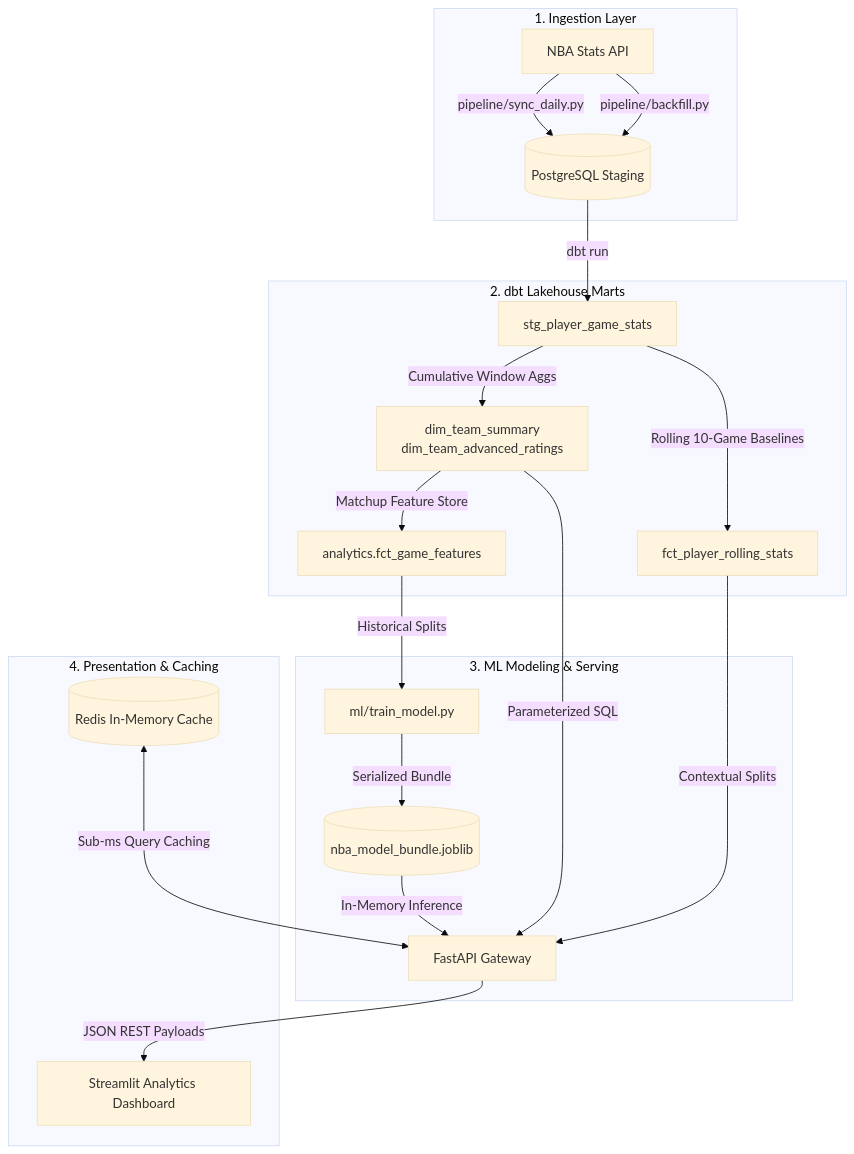
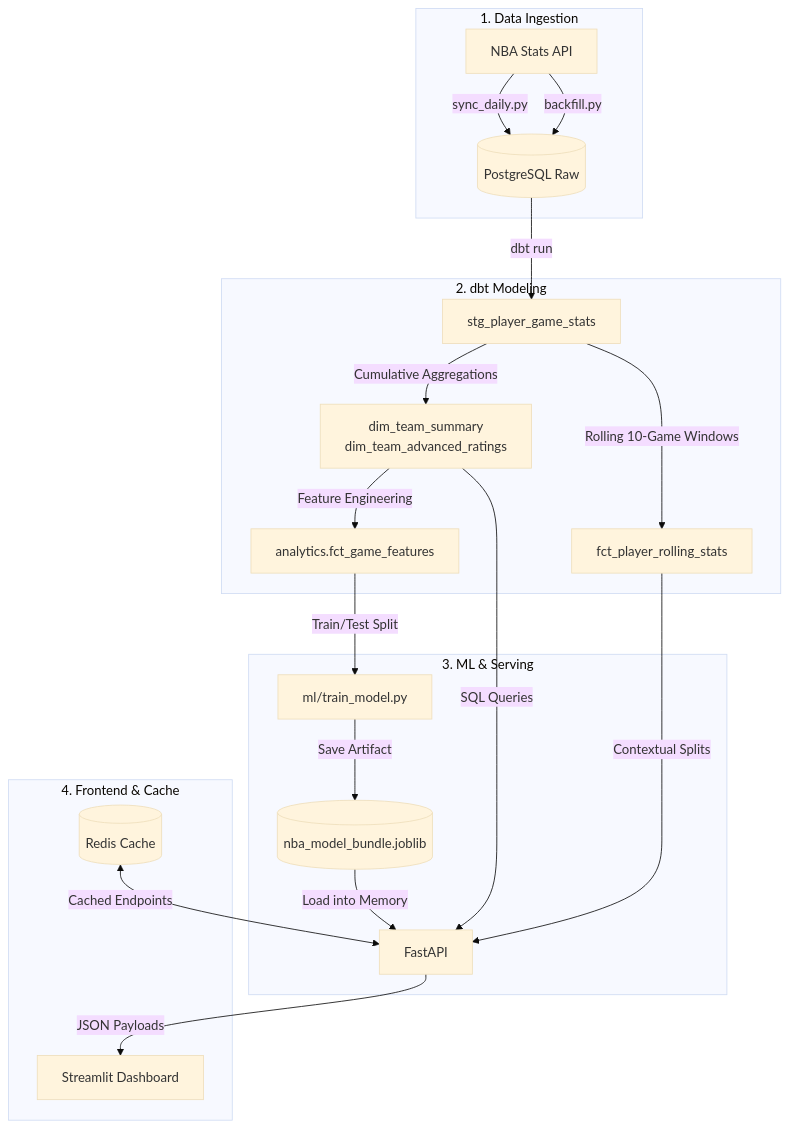
The diagram in README.md (WilliamZ07/nba-analytics-engine), drawn with Mermaid (base theme) before and after one commit. The commit also changed other lines of this file, not shown here.

````diff
--- a/README.md
+++ b/README.md
@@ -16,27 +9,27 @@
 ```mermaid
 flowchart TD
-    subgraph Ingestion ["1. Ingestion Layer"]
-        NBA[NBA Stats API] -->|pipeline/sync_daily.py| RAW[(PostgreSQL Staging)]
-        NBA -->|pipeline/backfill.py| RAW
+    subgraph Ingestion ["1. Data Ingestion"]
+        NBA["NBA Stats API"] -->|sync_daily.py| RAW[("PostgreSQL Raw")]
+        NBA -->|backfill.py| RAW
     end
 
-    subgraph Transformation ["2. dbt Lakehouse Marts"]
-        RAW -->|dbt run| STG[stg_player_game_stats]
-        STG -->|Cumulative Window Aggs| MARTS_TEAM[dim_team_summary<br/>dim_team_advanced_ratings]
-        STG -->|Rolling 10-Game Baselines| MARTS_PLAYER[fct_player_rolling_stats]
-        MARTS_TEAM -->|Matchup Feature Store| MART_ML[analytics.fct_game_features]
+    subgraph Transformation ["2. dbt Modeling"]
+        RAW -->|dbt run| STG["stg_player_game_stats"]
+        STG -->|Cumulative Aggregations| MARTS_TEAM["dim_team_summary<br/>dim_team_advanced_ratings"]
+        STG -->|Rolling 10-Game Windows| MARTS_PLAYER["fct_player_rolling_stats"]
+        MARTS_TEAM -->|Feature Engineering| MART_ML["analytics.fct_game_features"]
     end
 
-    subgraph MachineLearning ["3. ML Modeling & Serving"]
-        MART_ML -->|Historical Splits| TRAIN[ml/train_model.py]
-        TRAIN -->|Serialized Bundle| BUNDLE[(nba_model_bundle.joblib)]
-        BUNDLE -->|In-Memory Inference| API[FastAPI Gateway]
-        MARTS_TEAM -->|Parameterized SQL| API
+    subgraph MachineLearning ["3. ML & Serving"]
+        MART_ML -->|Train/Test Split| TRAIN["ml/train_model.py"]
+        TRAIN -->|Save Artifact| BUNDLE[("nba_model_bundle.joblib")]
+        BUNDLE -->|Load into Memory| API["FastAPI"]
+        MARTS_TEAM -->|SQL Queries| API
         MARTS_PLAYER -->|Contextual Splits| API
     end
 
-    subgraph Serving ["4. Presentation & Caching"]
-        REDIS[(Redis In-Memory Cache)] <--->|Sub-ms Query Caching| API
-        API -->|JSON REST Payloads| UI[Streamlit Analytics Dashboard]
+    subgraph Serving ["4. Frontend & Cache"]
+        REDIS[("Redis Cache")] <-->|Cached Endpoints| API
+        API -->|JSON Payloads| UI["Streamlit Dashboard"]
     end
 ```
````
